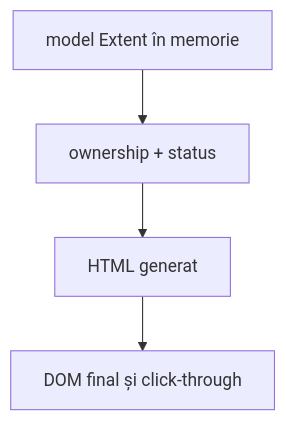
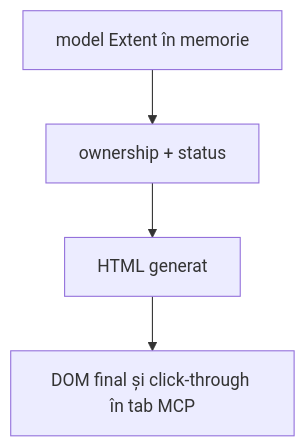
Before and after one commit to crististefanita/CS1: the third of 3 diagrams in Atf.Tests/Atf.Api.Tests/README.md, drawn with Mermaid. The commit also changed other lines of this file and 109 other files, not shown here.

````diff
--- a/Atf.Tests/Atf.Api.Tests/README.md
+++ b/Atf.Tests/Atf.Api.Tests/README.md
@@ -152,6 +165,6 @@
 ```mermaid
 flowchart TD
     Model[model Extent în memorie] --> Structure[ownership + status]
     Structure --> Artifact[HTML generat]
-    Artifact --> Browser[DOM final și click-through]
+    Artifact --> Mcp[DOM final și click-through în tab MCP]
 ```
````
